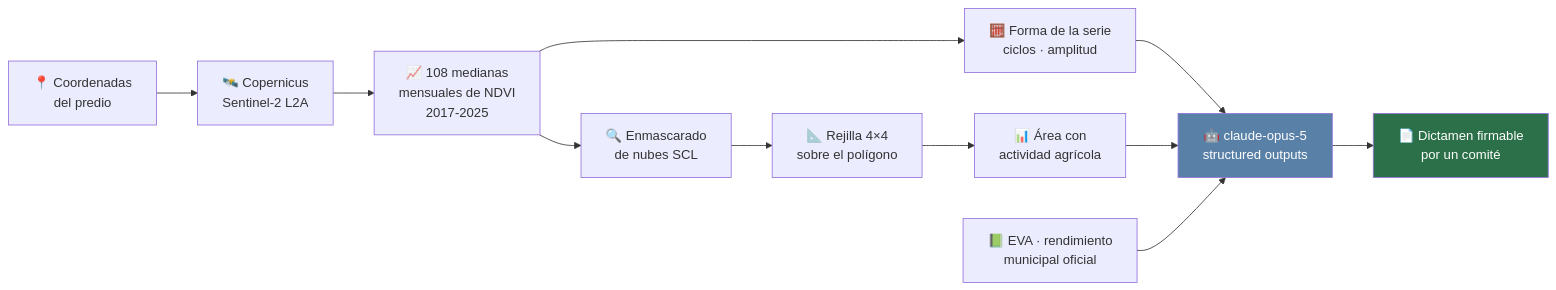
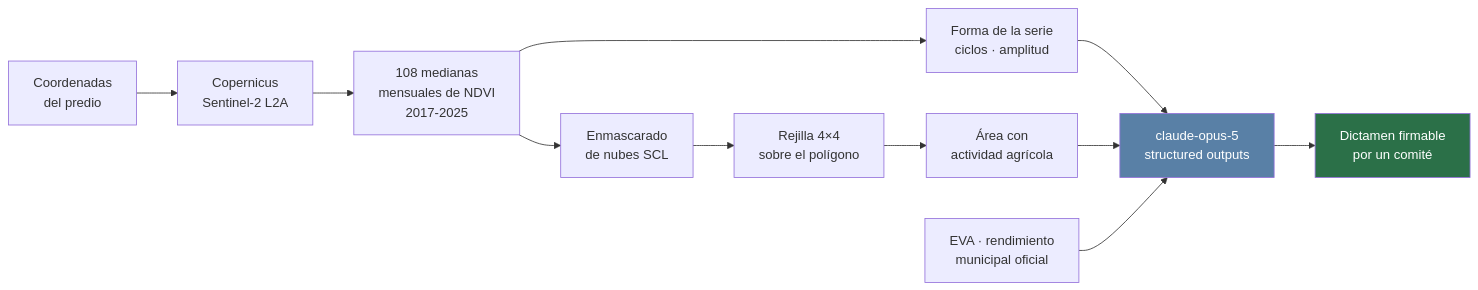
Before and after one commit to laurodriguez2016-cmd/seedllite-ctw2026: the first of 3 diagrams in README.md, drawn with Mermaid. The commit also changed other lines of this file, not shown here.

First line of the commit message:
readme: identidad de stack con etiquetas, indice, y fuera todos los emojis

````diff
--- a/README.md
+++ b/README.md
@@ -73,16 +122,16 @@
 ```mermaid
 flowchart LR
-    A["📍 Coordenadas<br/>del predio"] --> B["🛰️ Copernicus<br/>Sentinel-2 L2A"]
-    B --> C["📈 108 medianas<br/>mensuales de NDVI<br/>2017-2025"]
-    C --> D["🔍 Enmascarado<br/>de nubes SCL"]
-    D --> E["📐 Rejilla 4×4<br/>sobre el polígono"]
-    C --> F["🧮 Forma de la serie<br/>ciclos · amplitud"]
-    E --> G["📊 Área con<br/>actividad agrícola"]
-    F --> H["🤖 claude-opus-5<br/>structured outputs"]
+    A["Coordenadas<br/>del predio"] --> B["Copernicus<br/>Sentinel-2 L2A"]
+    B --> C["108 medianas<br/>mensuales de NDVI<br/>2017-2025"]
+    C --> D["Enmascarado<br/>de nubes SCL"]
+    D --> E["Rejilla 4×4<br/>sobre el polígono"]
+    C --> F["Forma de la serie<br/>ciclos · amplitud"]
+    E --> G["Área con<br/>actividad agrícola"]
+    F --> H["claude-opus-5<br/>structured outputs"]
     G --> H
-    I["📗 EVA · rendimiento<br/>municipal oficial"] --> H
-    H --> J["📄 Dictamen firmable<br/>por un comité"]
+    I["EVA · rendimiento<br/>municipal oficial"] --> H
+    H --> J["Dictamen firmable<br/>por un comité"]
 
     style H fill:#5980a6,color:#fff
     style J fill:#2b7048,color:#fff
 ```
````
